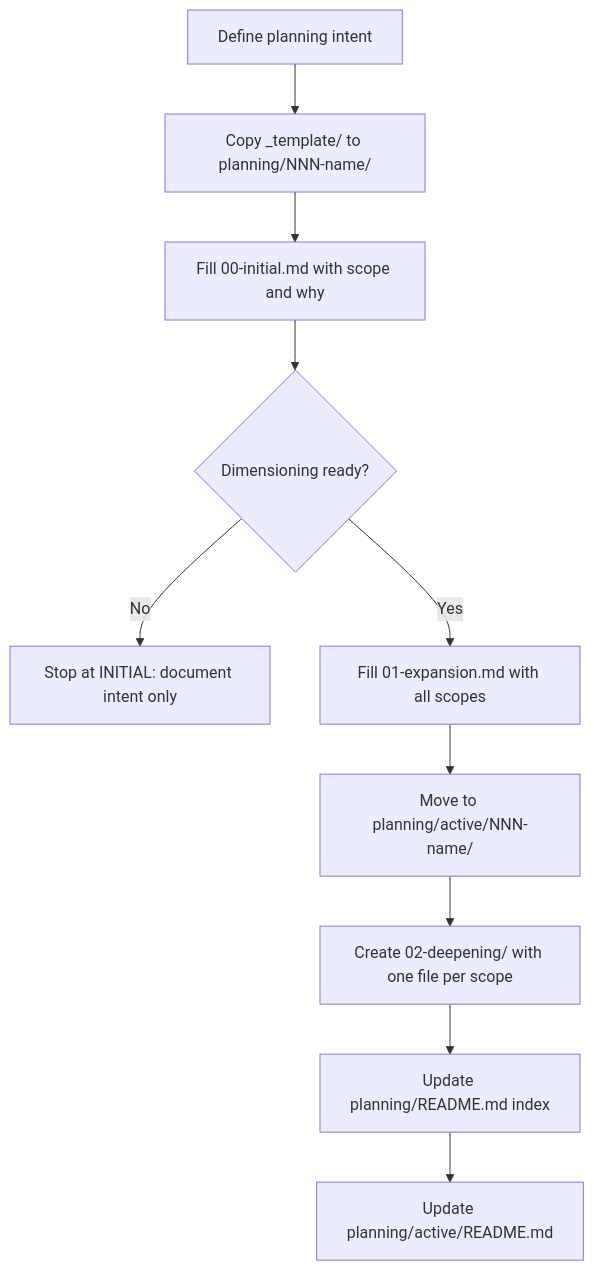
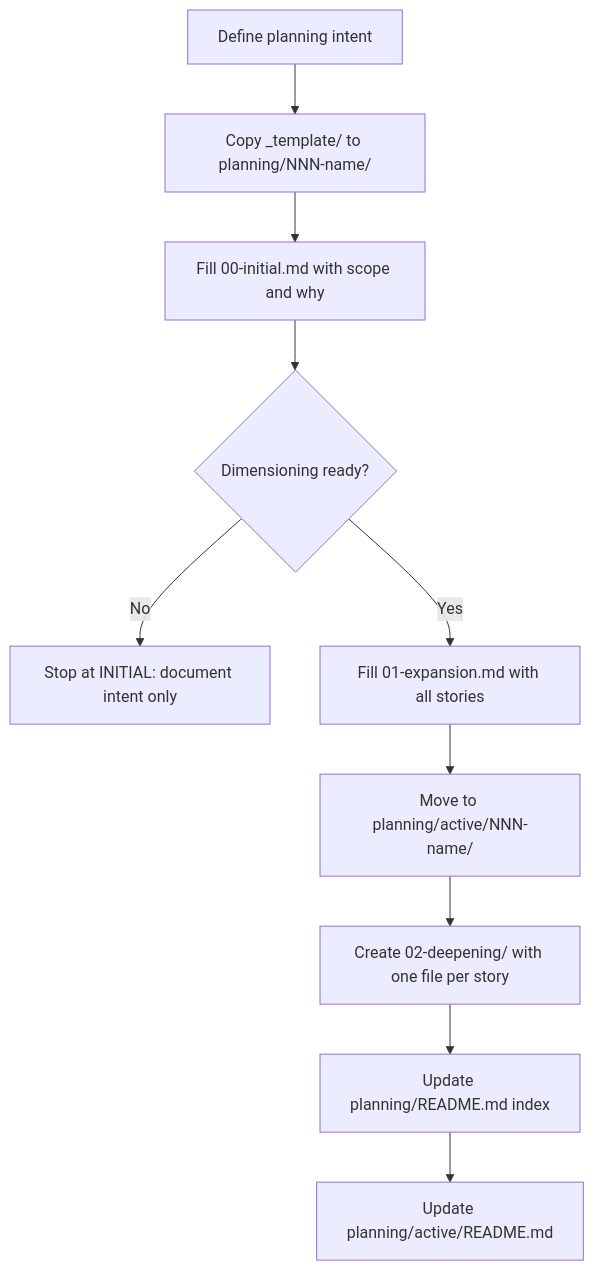
The diagram in .planning/WORKFLOWS/01-PLANNING-WORKFLOWS/CREATE-PLANNING.md (cmartinezs/grade-ops-ai), drawn with Mermaid before and after one commit. The commit also changed other lines of this file and 233 other files, not shown here.

````diff
--- a/.planning/WORKFLOWS/01-PLANNING-WORKFLOWS/CREATE-PLANNING.md
+++ b/.planning/WORKFLOWS/01-PLANNING-WORKFLOWS/CREATE-PLANNING.md
@@ -9,12 +9,12 @@
 ```mermaid
 flowchart TD
     A[Define planning intent] --> B[Copy _template/ to planning/NNN-name/]
     B --> C[Fill 00-initial.md with scope and why]
     C --> D{Dimensioning ready?}
     D -- No --> E[Stop at INITIAL: document intent only]
-    D -- Yes --> F[Fill 01-expansion.md with all scopes]
+    D -- Yes --> F[Fill 01-expansion.md with all stories]
     F --> G[Move to planning/active/NNN-name/]
-    G --> H[Create 02-deepening/ with one file per scope]
+    G --> H[Create 02-deepening/ with one file per story]
     H --> I[Update planning/README.md index]
     I --> J[Update planning/active/README.md]
 ```
````
